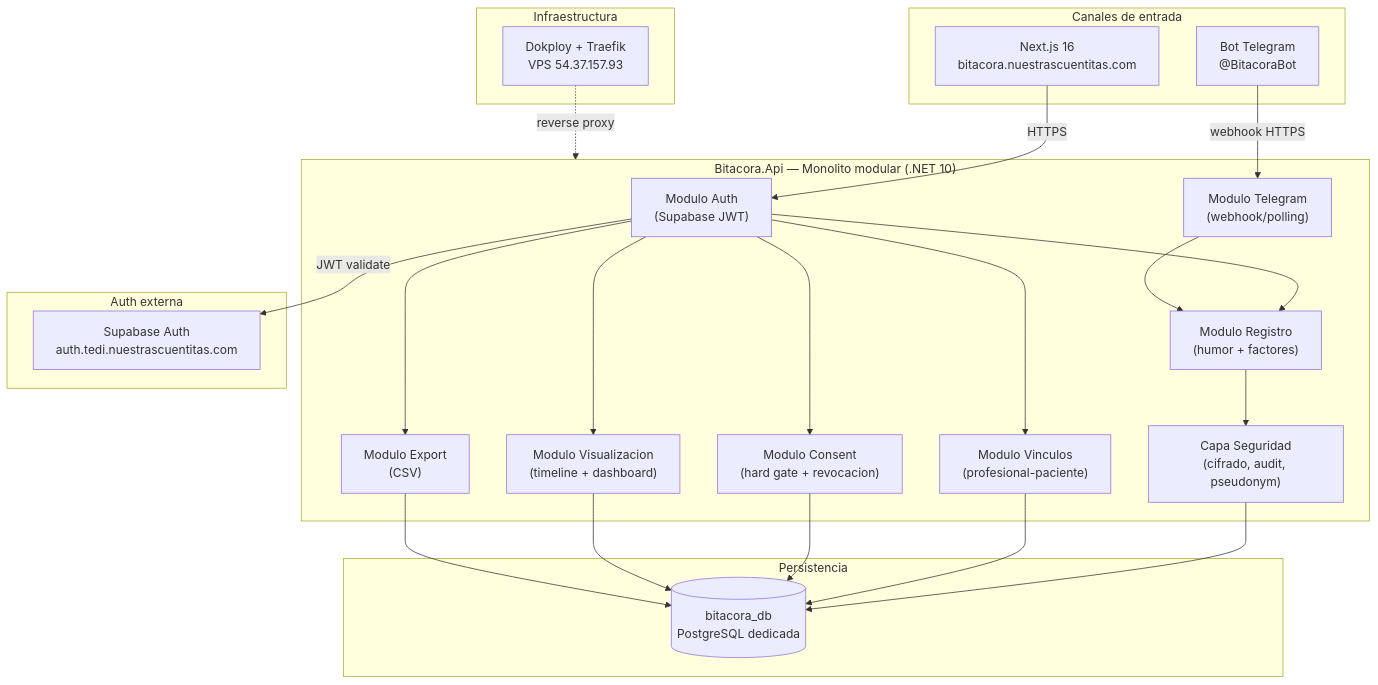
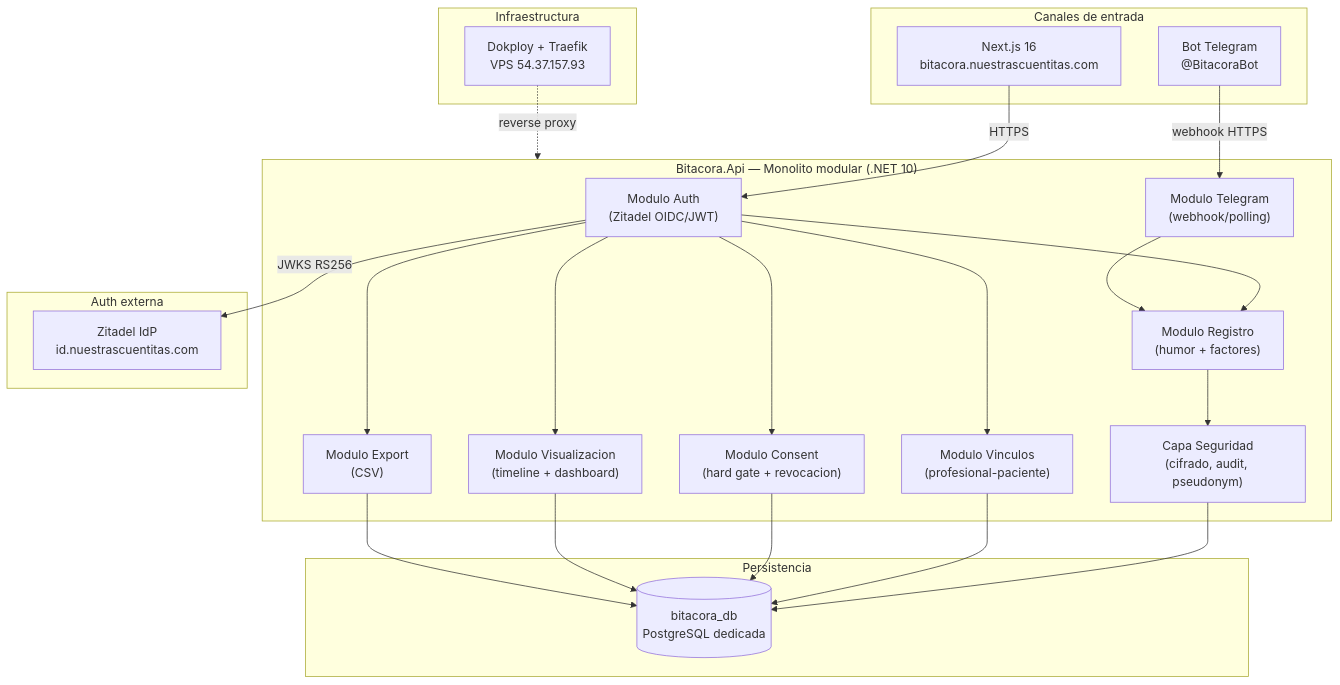
One commit to fgpaz/bitacora changed the first of 2 diagrams in .docs/wiki/02_arquitectura.md. Above: the diagram before and after it, drawn with Mermaid. The commit also changed other lines of this file and 14 other files, not shown here.

````diff
--- a/.docs/wiki/02_arquitectura.md
+++ b/.docs/wiki/02_arquitectura.md
@@ -18,47 +18,47 @@
 ```mermaid
 graph TB
     subgraph Clientes["Canales de entrada"]
         WEB["Next.js 16<br/>bitacora.nuestrascuentitas.com"]
         TG["Bot Telegram<br/>@BitacoraBot"]
     end
 
     subgraph Backend["Bitacora.Api — Monolito modular (.NET 10)"]
-        AUTH["Modulo Auth<br/>(Supabase JWT)"]
+        AUTH["Modulo Auth<br/>(Zitadel OIDC/JWT)"]
         REG["Modulo Registro<br/>(humor + factores)"]
         CONS["Modulo Consent<br/>(hard gate + revocacion)"]
         VINC["Modulo Vinculos<br/>(profesional-paciente)"]
         VIS["Modulo Visualizacion<br/>(timeline + dashboard)"]
         TGMOD["Modulo Telegram<br/>(webhook/polling)"]
         EXP["Modulo Export<br/>(CSV)"]
         SEC["Capa Seguridad<br/>(cifrado, audit, pseudonym)"]
     end
 
     subgraph Data["Persistencia"]
         PG[("bitacora_db<br/>PostgreSQL dedicada")]
     end
 
     subgraph ExtAuth["Auth externa"]
-        SUPA["Supabase Auth<br/>auth.tedi.nuestrascuentitas.com"]
+        ZITADEL["Zitadel IdP<br/>id.nuestrascuentitas.com"]
     end
 
     subgraph Infra["Infraestructura"]
         DOK["Dokploy + Traefik<br/>VPS 54.37.157.93"]
     end
 
     WEB -->|HTTPS| AUTH
     TG -->|webhook HTTPS| TGMOD
-    AUTH -->|JWT validate| SUPA
+    AUTH -->|JWKS RS256| ZITADEL
     AUTH --> REG
     AUTH --> CONS
     AUTH --> VINC
     AUTH --> VIS
     AUTH --> EXP
     TGMOD --> REG
     REG --> SEC
     SEC --> PG
     VINC --> PG
     CONS --> PG
     VIS --> PG
     EXP --> PG
     DOK -.->|reverse proxy| Backend
 ```
````
